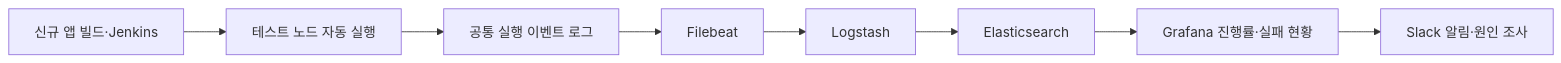
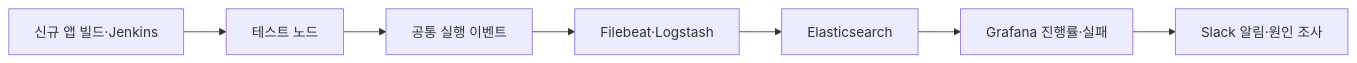
The diagram in References/Tech Articles/Articles/2026/2026-11-02-ELK와-Grafana를-이용해-테스트-자동화-시각화하기-4b826e99.md (guseoh/cs), drawn with Mermaid before and after one commit. The commit also changed other lines of this file and 29 other files, not shown here.

````diff
--- a/References/Tech Articles/Articles/2026/2026-11-02-ELK와-Grafana를-이용해-테스트-자동화-시각화하기-4b826e99.md
+++ b/References/Tech Articles/Articles/2026/2026-11-02-ELK와-Grafana를-이용해-테스트-자동화-시각화하기-4b826e99.md
@@ -35,10 +35,9 @@
-```mermaid
+ ```mermaid
 flowchart LR
-  A[신규 앱 빌드·Jenkins] --> B[테스트 노드 자동 실행]
-  B --> C[공통 실행 이벤트 로그]
-  C --> D[Filebeat]
-  D --> E[Logstash]
-  E --> F[Elasticsearch]
-  F --> G[Grafana 진행률·실패 현황]
-  G --> H[Slack 알림·원인 조사]
+ A[신규 앱 빌드·Jenkins] --> B[테스트 노드]
+ B --> C[공통 실행 이벤트]
+ C --> D[Filebeat·Logstash]
+ D --> E[Elasticsearch]
+ E --> F[Grafana 진행률·실패]
+ F --> G[Slack 알림·원인 조사]
 ```
````
